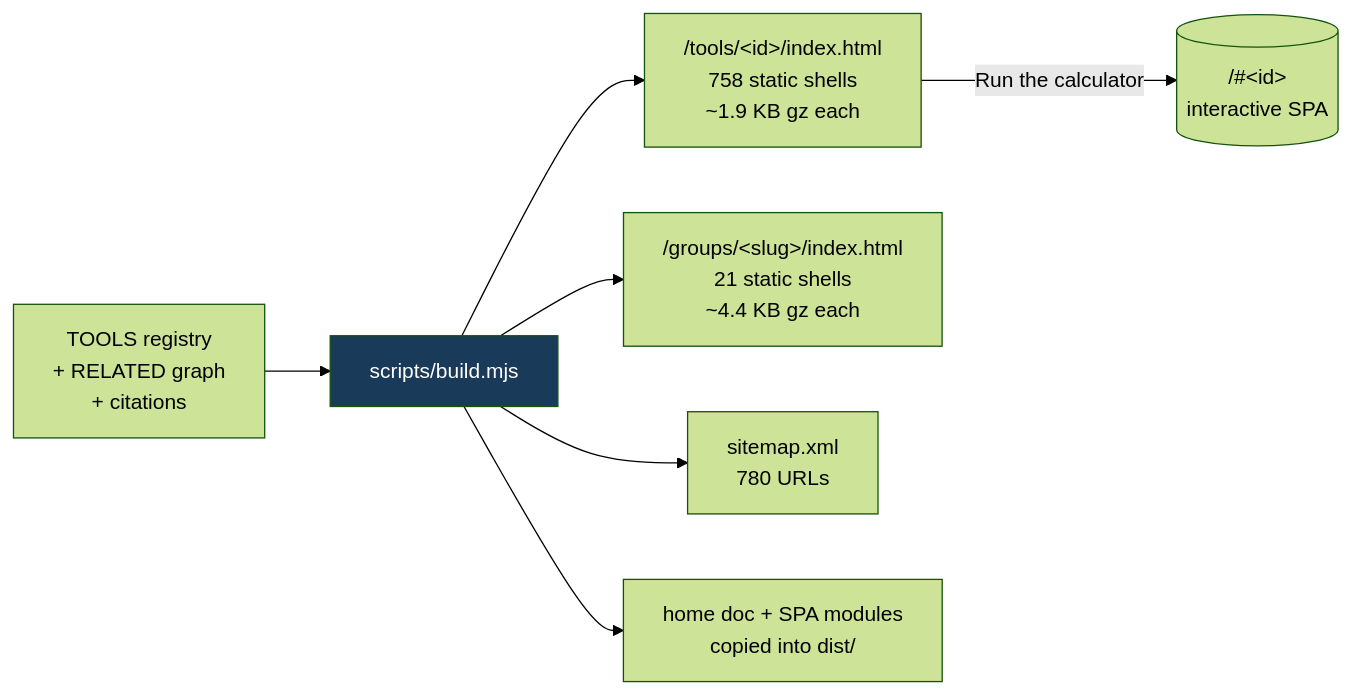
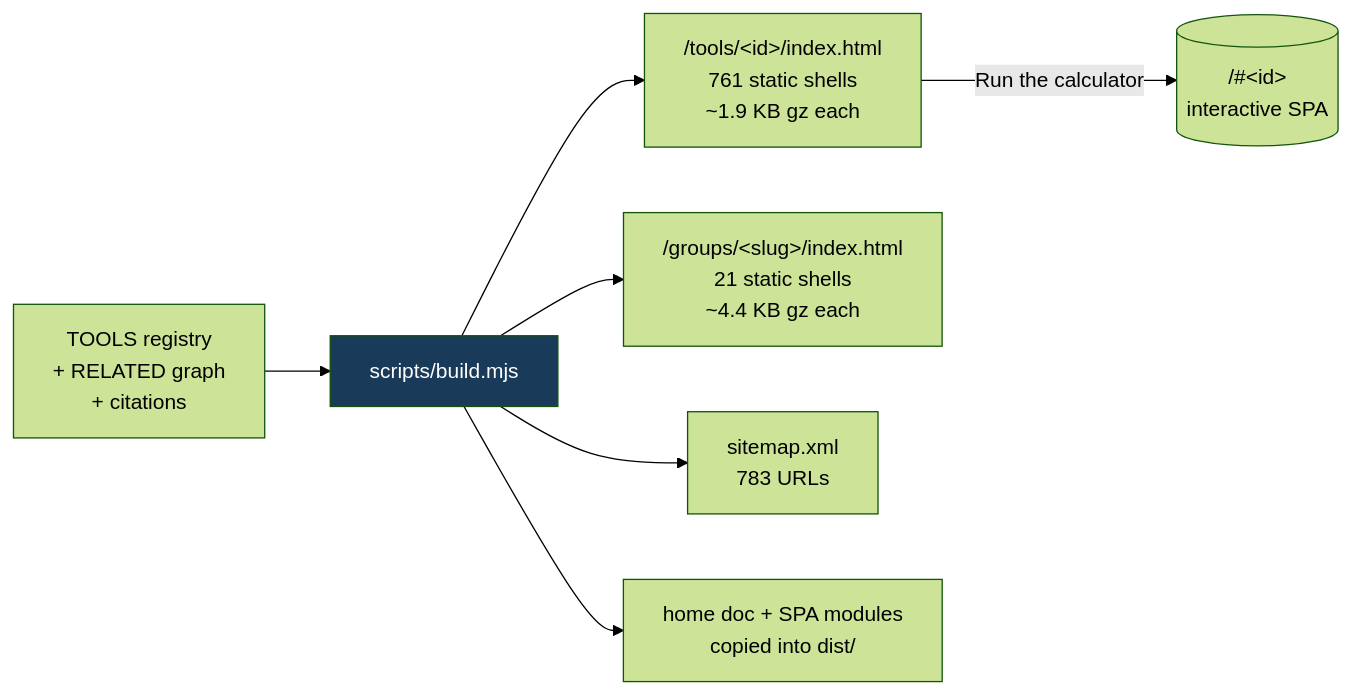
One commit to clay-good/roughlogic.com changed the fifth of 8 diagrams in README.md. Above: the diagram before and after it, drawn with Mermaid (forest theme). The commit also changed other lines of this file and 18 other files, not shown here.

````diff
--- a/README.md
+++ b/README.md
@@ -495,10 +495,10 @@
 ```mermaid
 flowchart LR
     SRC[TOOLS registry\n+ RELATED graph\n+ citations] --> BUILD[scripts/build.mjs]
-    BUILD --> TILE["/tools/&lt;id&gt;/index.html\n758 static shells\n~1.9 KB gz each"]
+    BUILD --> TILE["/tools/&lt;id&gt;/index.html\n761 static shells\n~1.9 KB gz each"]
     BUILD --> GROUP["/groups/&lt;slug&gt;/index.html\n21 static shells\n~4.4 KB gz each"]
-    BUILD --> MAP["sitemap.xml\n780 URLs"]
+    BUILD --> MAP["sitemap.xml\n783 URLs"]
     BUILD --> COPY[home doc + SPA modules\ncopied into dist/]
     TILE -->|Run the calculator| SPA[("/#&lt;id&gt;\ninteractive SPA")]
     style BUILD fill:#1a3a5a,color:#fff
 ```
````
